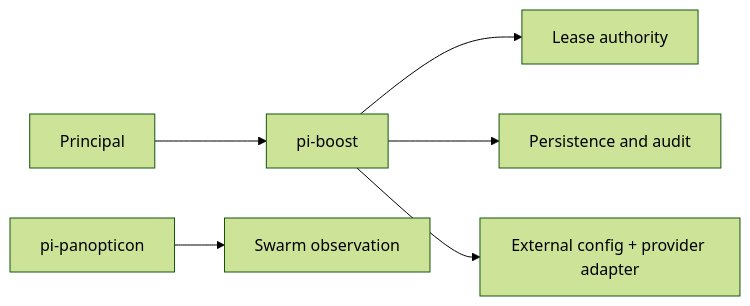
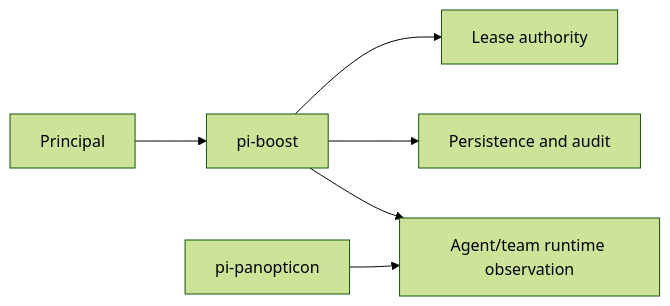
Diagram 32 of 33 in docs/architecture.md (tS7hKamAYL84j91/pi-tools-and-skills), drawn with Mermaid (forest theme) before and after one commit. The commit also changed other lines of this file and 6 other files, not shown here.

Commit message:
chore: remove remaining swarm runtime references

````diff
--- a/docs/architecture.md
+++ b/docs/architecture.md
@@ -980,8 +980,8 @@
 ```mermaid
 flowchart LR
   Principal --> Boost[pi-boost]
   Boost --> Authority[Lease authority]
   Boost --> Audit[Persistence and audit]
   Boost --> Runtime[External config + provider adapter]
-  Panopticon[pi-panopticon] --> Swarm[Swarm observation]
+  Panopticon[pi-panopticon] --> Runtime[Agent/team runtime observation]
 ```
````
